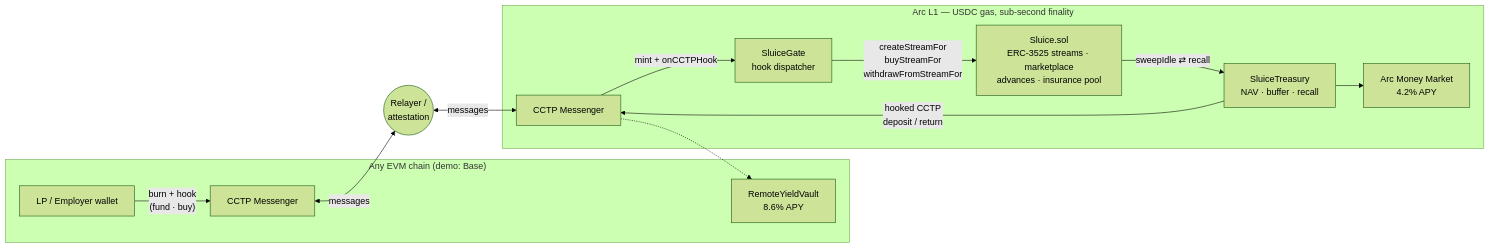
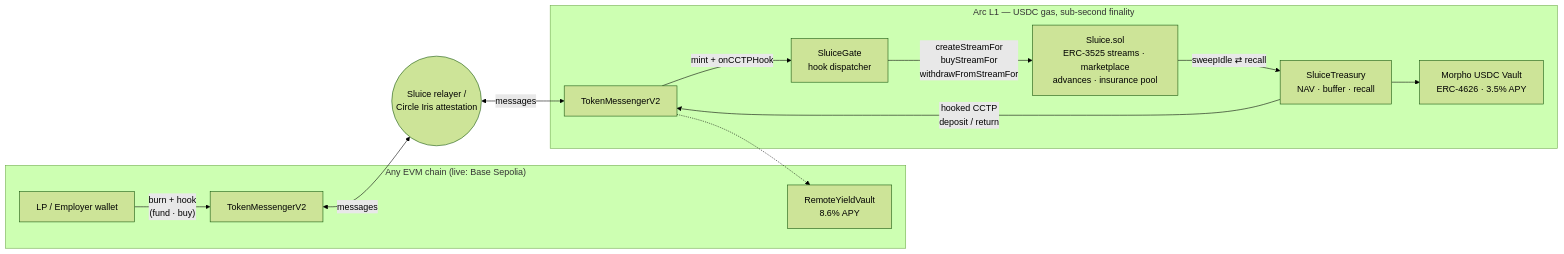
One commit to mrnetwork0001/Sluice changed the diagram in README.md. Above: the diagram before and after it, drawn with Mermaid (forest theme). The commit also changed other lines of this file and 5 other files, not shown here.

````diff
--- a/README.md
+++ b/README.md
@@ -123,28 +123,28 @@
 ```mermaid
 flowchart LR
-    subgraph Base["Any EVM chain (demo: Base)"]
+    subgraph Base["Any EVM chain (live: Base Sepolia)"]
         LP[LP / Employer wallet]
-        MB[CCTP Messenger]
+        MB[TokenMessengerV2]
         RV[RemoteYieldVault<br/>8.6% APY]
     end
 
     subgraph Arc["Arc L1 — USDC gas, sub-second finality"]
-        MA[CCTP Messenger]
+        MA[TokenMessengerV2]
         GATE[SluiceGate<br/>hook dispatcher]
         SLUICE[Sluice.sol<br/>ERC-3525 streams · marketplace<br/>advances · insurance pool]
         TRES[SluiceTreasury<br/>NAV · buffer · recall]
-        AMM[Arc Money Market<br/>4.2% APY]
+        AMM[Morpho USDC Vault<br/>ERC-4626 · 3.5% APY]
     end
 
-    REL((Relayer /<br/>attestation))
+    REL((Sluice relayer /<br/>Circle Iris attestation))
 
     LP -- "burn + hook<br/>(fund · buy)" --> MB
     MB <-- messages --> REL
     REL <-- messages --> MA
     MA -- "mint + onCCTPHook" --> GATE
     GATE -- "createStreamFor<br/>buyStreamFor<br/>withdrawFromStreamFor" --> SLUICE
     SLUICE -- "sweepIdle ⇄ recall" --> TRES
     TRES --> AMM
     TRES -- "hooked CCTP<br/>deposit / return" --> MA
     MA -.-> RV
 ```
````
